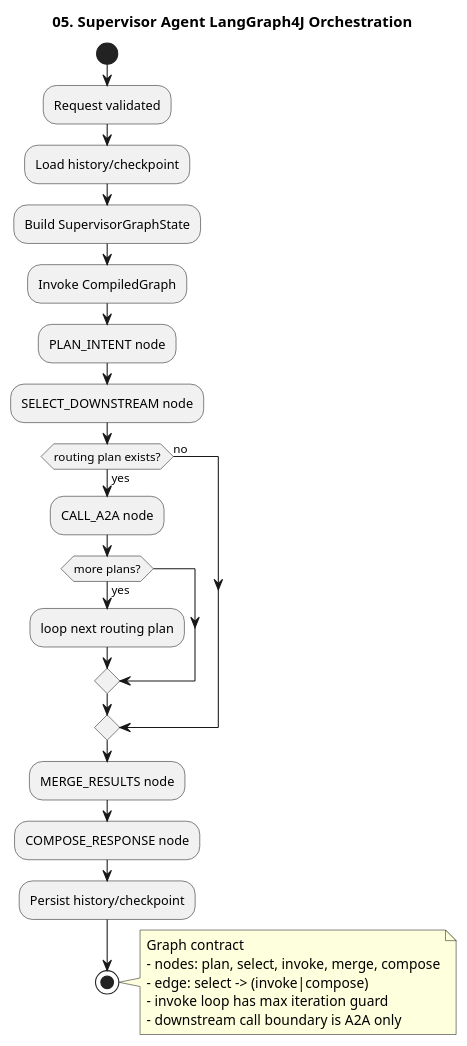
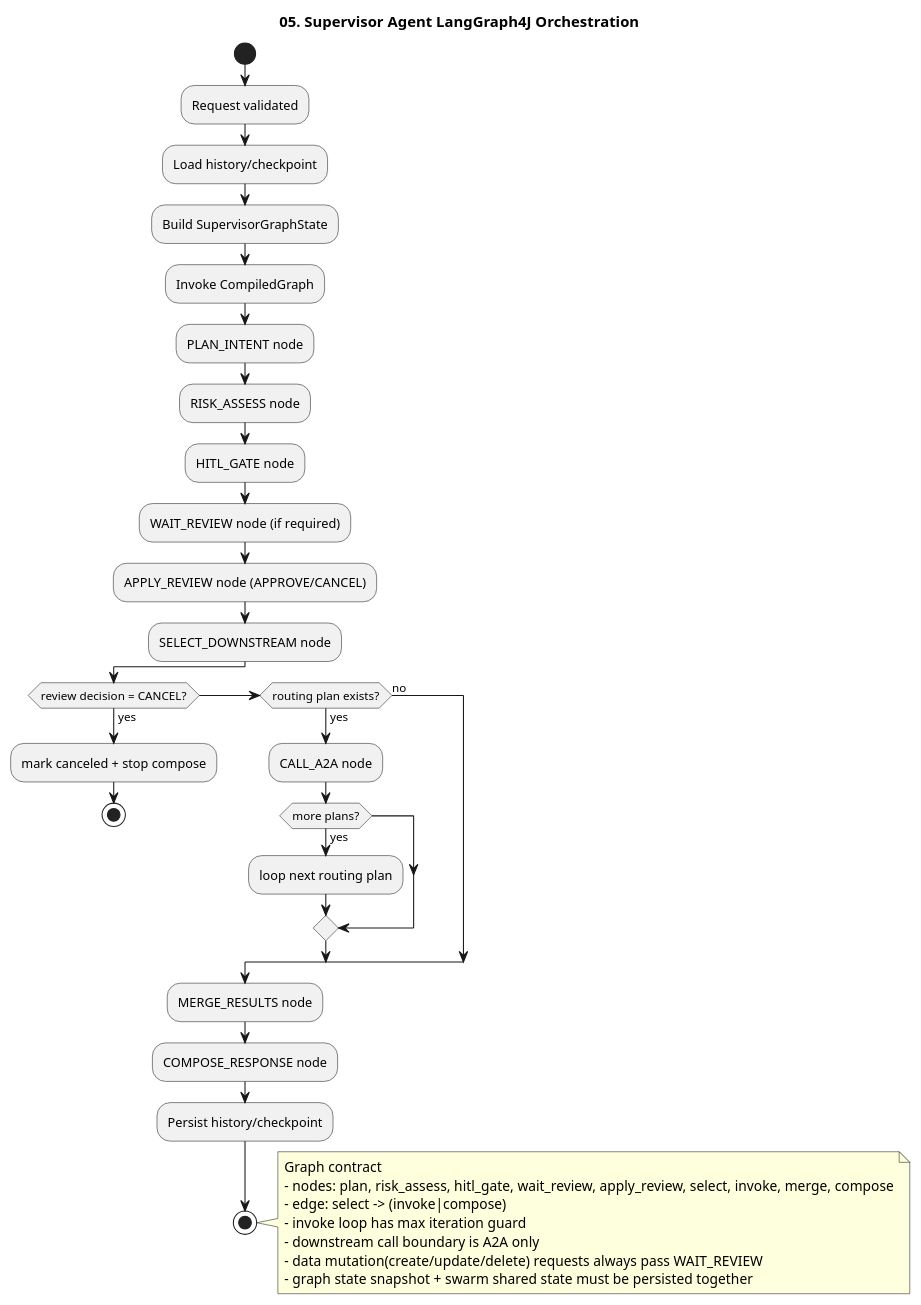
Before and after one commit to kim57uak/spring-ai: the diagram in documents/a2a-host_agent-architecture/05-langgraph-orchestration.puml, drawn with PlantUML. The commit also changed 99 other files, not shown here.

Commit message:
feat: implement supervisor HITL swarm flow and task review updates

```diff
--- a/documents/a2a-host_agent-architecture/05-langgraph-orchestration.puml
+++ b/documents/a2a-host_agent-architecture/05-langgraph-orchestration.puml
@@ -1,39 +1,53 @@
 @startuml
 !pragma layout smetana
 title 05. Supervisor Agent LangGraph4J Orchestration
 
 skinparam shadowing false
 
 start
 
 :Request validated;
 :Load history/checkpoint;
 :Build SupervisorGraphState;
 :Invoke CompiledGraph;
 
 :PLAN_INTENT node;
+:RISK_ASSESS node;
+:HITL_GATE node;
+:WAIT_REVIEW node (if required);
+:APPLY_REVIEW node (APPROVE/CANCEL);
 :SELECT_DOWNSTREAM node;
 
-if (routing plan exists?) then (yes)
+if (review decision = CANCEL?) then (yes)
+  :mark canceled + stop compose;
+  stop
+elseif (routing plan exists?) then (yes)
   :CALL_A2A node;
   if (more plans?) then (yes)
     :loop next routing plan;
   endif
 else (no)
 endif
 
 :MERGE_RESULTS node;
 :COMPOSE_RESPONSE node;
 :Persist history/checkpoint;
 
 stop
 
 note right
 Graph contract
-- nodes: plan, select, invoke, merge, compose
+- nodes: plan, risk_assess, hitl_gate, wait_review, apply_review, select, invoke, merge, compose
 - edge: select -> (invoke|compose)
 - invoke loop has max iteration guard
 - downstream call boundary is A2A only
+- data mutation(create/update/delete) requests always pass WAIT_REVIEW
+- graph state snapshot + swarm shared state must be persisted together
 end note
 
+' 2026-04-12 sync with docs 30/31
+' - Scope: HITL decision limited to APPROVE/CANCEL in current phase
+' - Data mutation requests (create/update/delete) require mandatory HITL
+' - A2A compatibility mode keeps both legacy and v1.0 methods
+' - User profile input collection is deferred to next phase
 @enduml
```
